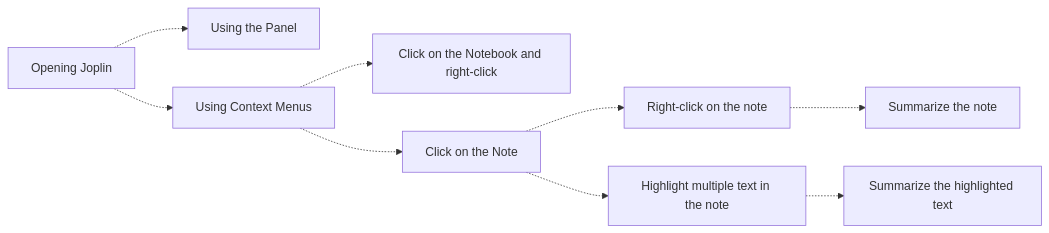
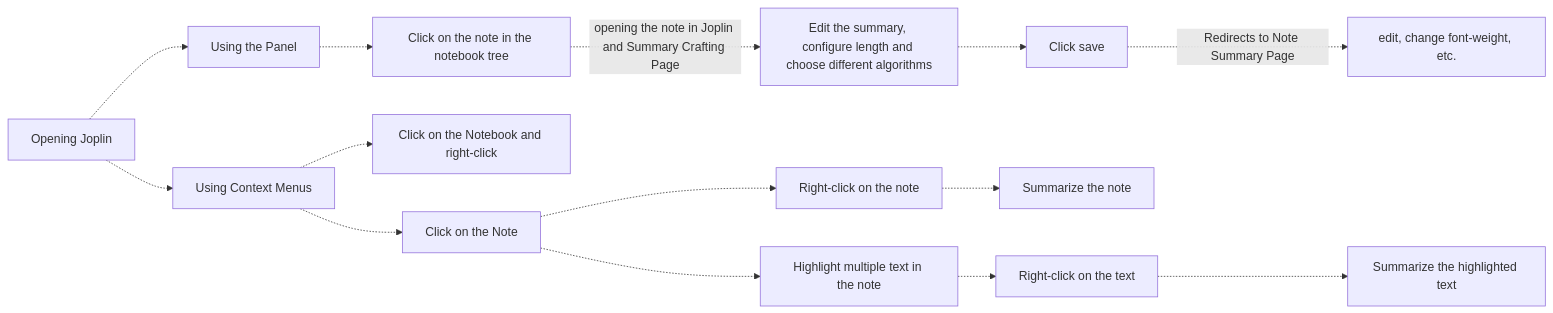
One commit to joplin/plugin-ai-summarisation changed the diagram in README.md. Above: the diagram before and after it, drawn with Mermaid.

````diff
--- a/README.md
+++ b/README.md
@@ -37,16 +37,21 @@
 ```mermaid
 
 
 flowchart LR
    A[Opening Joplin]-.-> B[Using the Panel]
    A[Opening Joplin]-.-> C[Using Context Menus]
    C -.-> D[Click on the Notebook and right-click]
    C -.-> E[Click on the Note]
    E -.-> F[Right-click on the note]
    E -.-> G[Highlight multiple text in the note]
    F -.-> H[Summarize the note]
-   G -.-> I[Summarize the highlighted text]
+   G -.-> I[Right-click on the text]
+   I -.-> J[Summarize the highlighted text]
+   B -.-> K[Click on the note in the notebook tree]
+   K -. opening the note in Joplin and Summary Crafting Page .-> L[Edit the summary, configure length and choose different algorithms]
+   L -.-> M[Click save]
+   M -. Redirects to Note Summary Page .-> N[edit, change font-weight, etc.]
 
 
 
 ```
````
